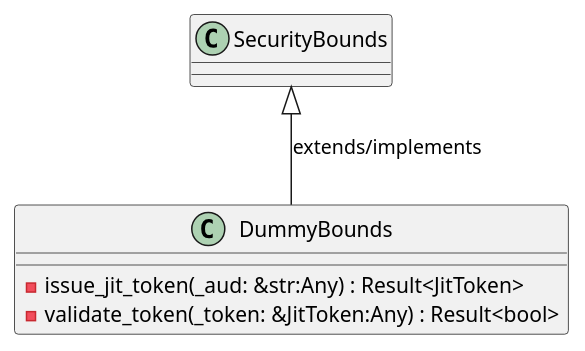
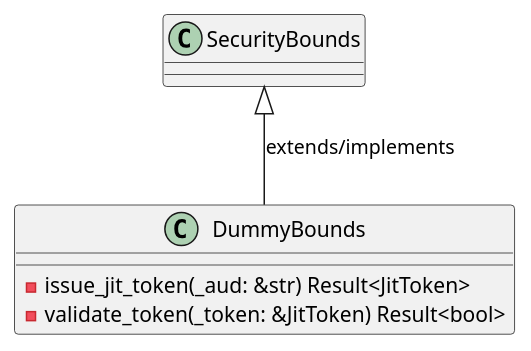
Before and after one commit to lgcorzo/rust_CACD_autonomous_factory: the first of 6 diagrams in openwiki/crates_factory_core_tests_security_tests.md, drawn with PlantUML. The commit also changed other lines of this file and 97 other files, not shown here.

First line of the commit message:
Fix Rust AST parsing for method and function parameters, and update OKF UML frontmatter

````diff
--- a/openwiki/crates_factory_core_tests_security_tests.md
+++ b/openwiki/crates_factory_core_tests_security_tests.md
@@ -69,10 +74,10 @@
 ```plantuml
 @startuml
 class DummyBounds {
-    -issue_jit_token(_aud: &str:Any) : Result<JitToken>
-    -validate_token(_token: &JitToken:Any) : Result<bool>
+    -issue_jit_token(_aud: &str) Result<JitToken>
+    -validate_token(_token: &JitToken) Result<bool>
 }
 SecurityBounds <|-- DummyBounds : extends/implements
 @enduml
 
 ```
````
